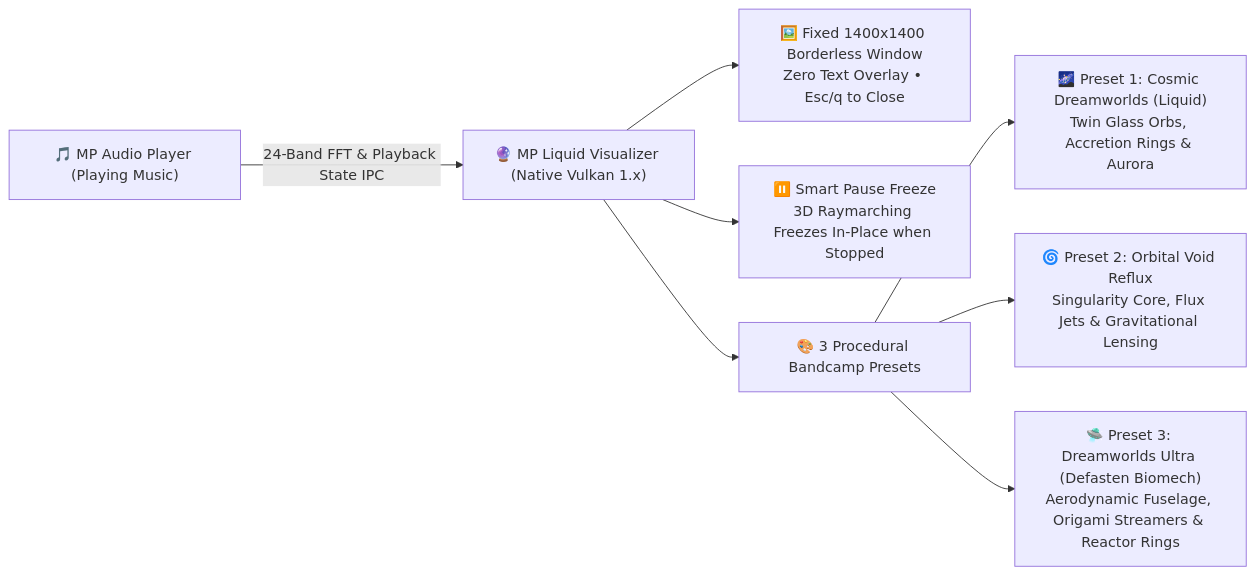
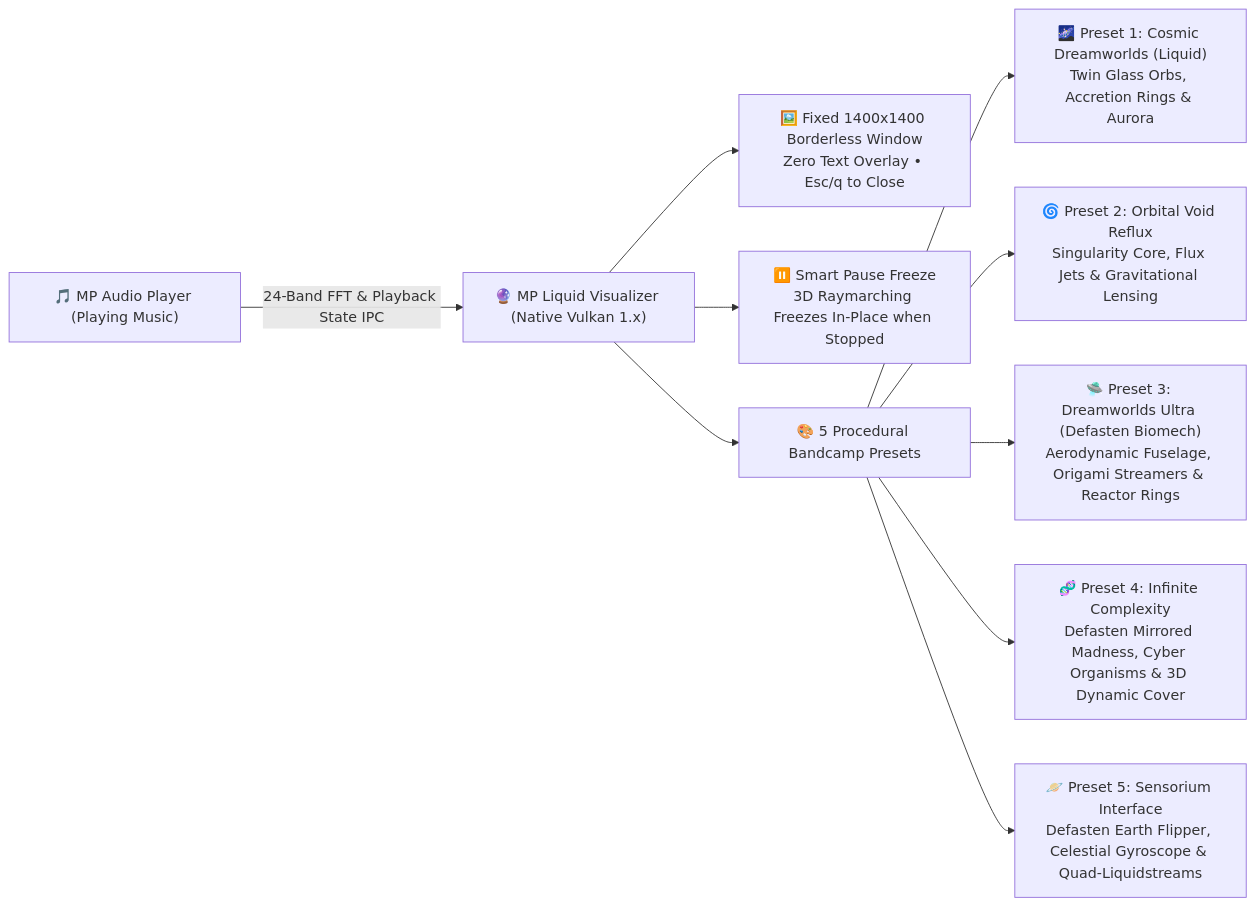
The second of 13 diagrams in README.md (MPlanetarian/MPMixManager_v0.4-x64), drawn with Mermaid before and after one commit. The commit also changed other lines of this file and 31 other files, not shown here.

````diff
--- a/README.md
+++ b/README.md
@@ -217,10 +219,12 @@
 ```mermaid
 flowchart LR
     A["🎵 MP Audio Player (Playing Music)"] -->|24-Band FFT & Playback State IPC| B["🔮 MP Liquid Visualizer (Native Vulkan 1.x)"]
     B --> C["🖼️ Fixed 1400x1400 Borderless Window\nZero Text Overlay • Esc/q to Close"]
     B --> D["⏸️ Smart Pause Freeze\n3D Raymarching Freezes In-Place when Stopped"]
-    B --> E["🎨 3 Procedural Bandcamp Presets"]
+    B --> E["🎨 5 Procedural Bandcamp Presets"]
     E --> E1["🌌 Preset 1: Cosmic Dreamworlds (Liquid)\nTwin Glass Orbs, Accretion Rings & Aurora"]
     E --> E2["🌀 Preset 2: Orbital Void Reflux\nSingularity Core, Flux Jets & Gravitational Lensing"]
     E --> E3["🛸 Preset 3: Dreamworlds Ultra (Defasten Biomech)\nAerodynamic Fuselage, Origami Streamers & Reactor Rings"]
+    E --> E4["🧬 Preset 4: Infinite Complexity\nDefasten Mirrored Madness, Cyber Organisms & 3D Dynamic Cover"]
+    E --> E5["🪐 Preset 5: Sensorium Interface\nDefasten Earth Flipper, Celestial Gyroscope & Quad-Liquidstreams"]
 ```
````
